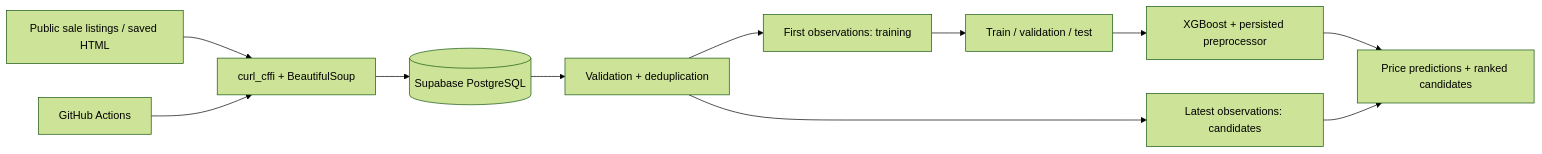
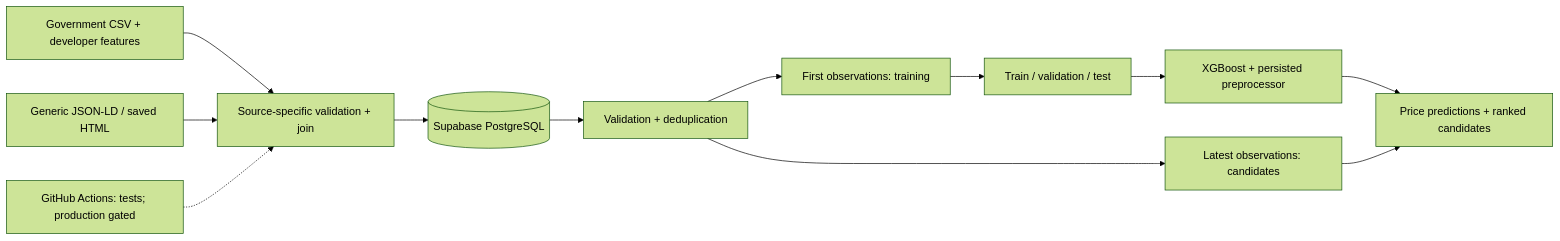
The diagram in README.md (filip-skopczynski/real-estate-mlops), drawn with Mermaid (forest theme) before and after one commit. The commit also changed other lines of this file and 9 other files, not shown here.

````diff
--- a/README.md
+++ b/README.md
@@ -9,13 +9,14 @@
 ```mermaid
 flowchart LR
-    A[Public sale listings / saved HTML] --> B[curl_cffi + BeautifulSoup]
+    A[Government CSV + developer features] --> B[Source-specific validation + join]
+    K[Generic JSON-LD / saved HTML] --> B
     B --> C[(Supabase PostgreSQL)]
     C --> D[Validation + deduplication]
     D --> E[First observations: training]
     D --> F[Latest observations: candidates]
     E --> G[Train / validation / test]
     G --> H[XGBoost + persisted preprocessor]
     H --> I[Price predictions + ranked candidates]
     F --> I
-    J[GitHub Actions] --> B
+    J[GitHub Actions: tests; production gated] -.-> B
 ```
````
